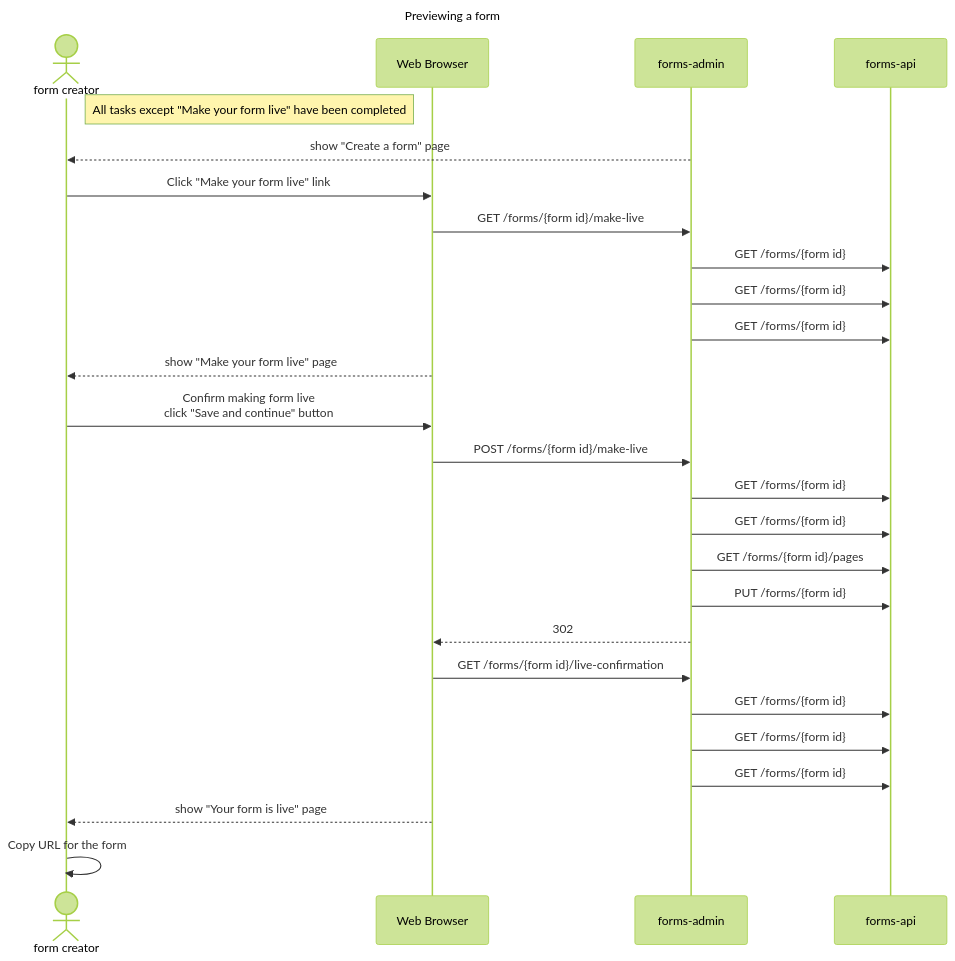
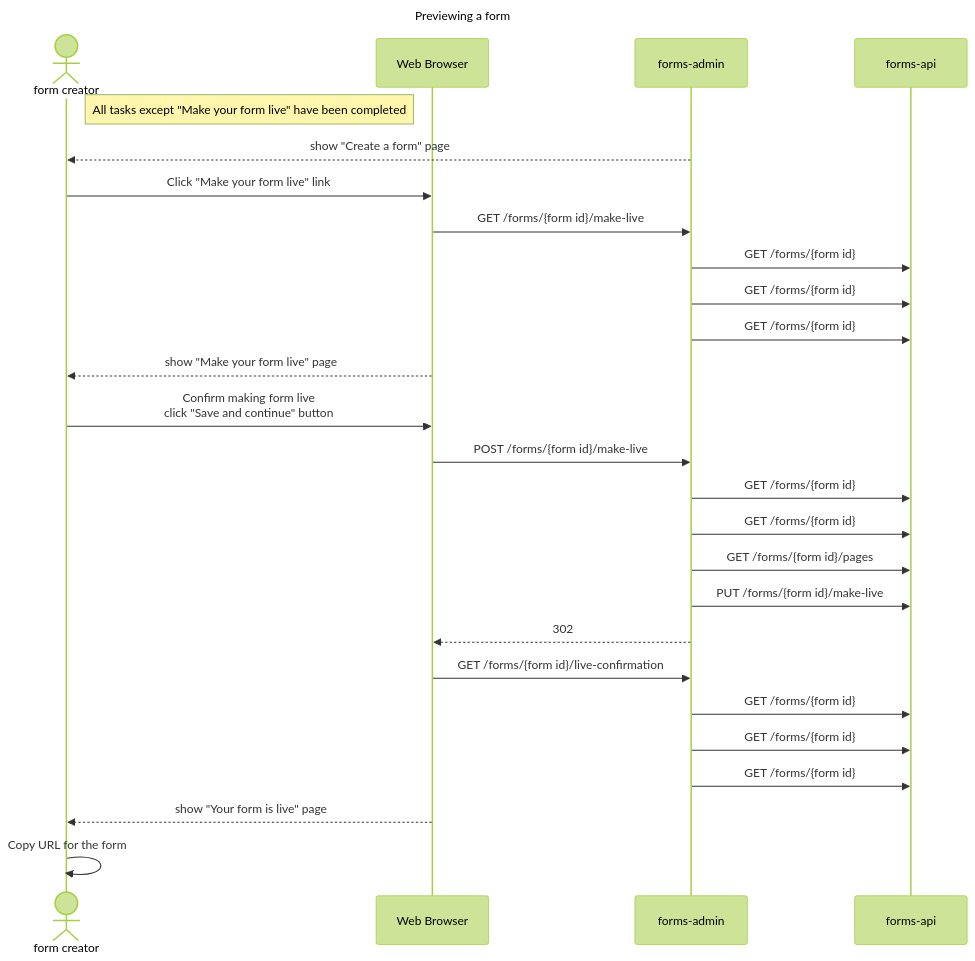
One commit to alphagov/forms changed the first of 2 diagrams in diagrams/sequence-diagrams/publishing-a-form.md. Above: the diagram before and after it, drawn with Mermaid (forest theme). The commit also changed 1 other file, not shown here.

Commit message:
Accepted new API endpoint updates

````diff
--- a/diagrams/sequence-diagrams/publishing-a-form.md
+++ b/diagrams/sequence-diagrams/publishing-a-form.md
@@ -3,35 +3,35 @@
 ```mermaid 
 sequenceDiagram
   title Previewing a form
   actor user as form creator
   participant browser as Web Browser
   participant admin as forms-admin
   link admin: GitHub repo @ https://github.com/alphagov/forms-admin   
   participant api as forms-api
   link api: GitHub repo @ https://github.com/alphagov/forms-api  
 
   note right of user: All tasks except "Make your form live" have been completed
 
   admin-->>user: show "Create a form" page
   user->>browser: Click "Make your form live" link
   browser->>admin: GET /forms/{form id}/make-live
   admin->>api: GET /forms/{form id}
   admin->>api: GET /forms/{form id}
   admin->>api: GET /forms/{form id}
   browser-->>user: show "Make your form live" page
 
   user->>browser: Confirm making form live<br />click "Save and continue" button
   browser->>admin: POST /forms/{form id}/make-live
   admin->>api: GET /forms/{form id}
   admin->>api: GET /forms/{form id}
   admin->>api: GET /forms/{form id}/pages
-  admin->>api: PUT /forms/{form id}
+  admin->>api: PUT /forms/{form id}/make-live
   admin-->>browser: 302
   browser->>admin: GET /forms/{form id}/live-confirmation
   admin->>api: GET /forms/{form id}
   admin->>api: GET /forms/{form id}
   admin->>api: GET /forms/{form id}
   browser-->>user: show "Your form is live" page
   user->>user: Copy URL for the form
 
 ```
````
